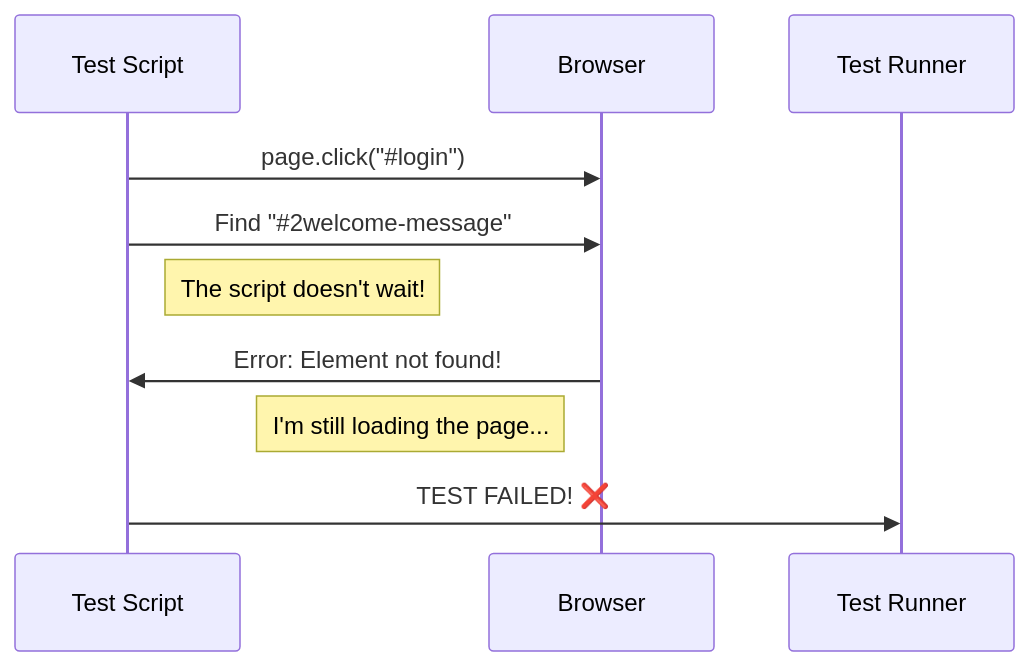
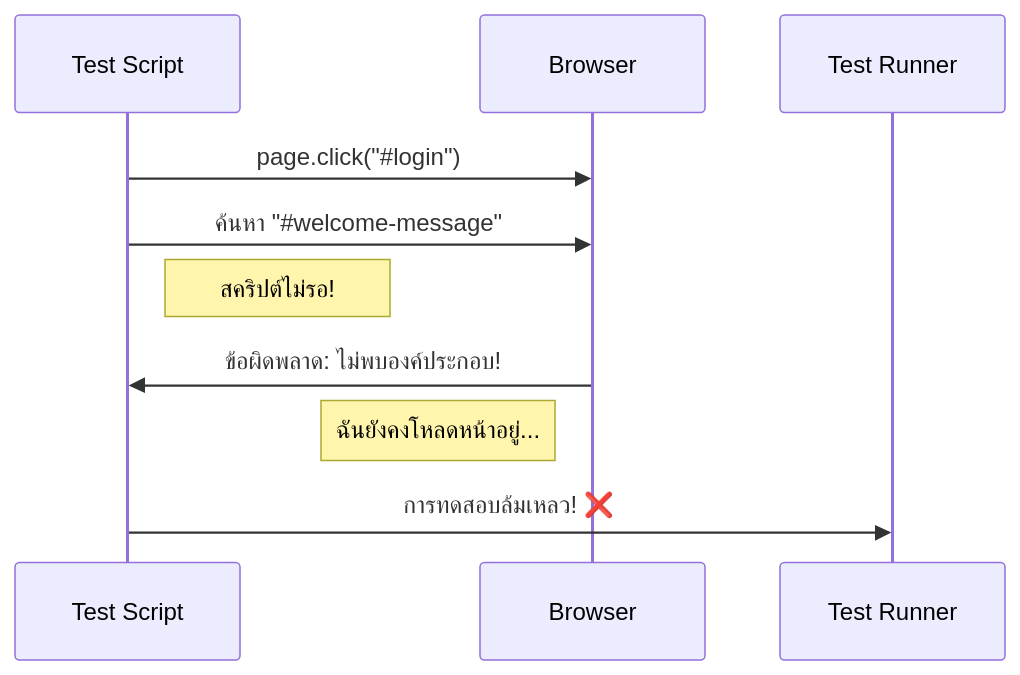
Before and after one commit to S2P2/beginner-guide-web-testing-th: the first of 2 diagrams in docs/Module 0: Foundations/1_basic_programming.md, drawn with Mermaid. The commit also changed other lines of this file and 5 other files, not shown here.

````diff
--- a/docs/Module 0: Foundations/1_basic_programming.md
+++ b/docs/Module 0: Foundations/1_basic_programming.md
@@ -163,13 +165,13 @@
 ```mermaid
 sequenceDiagram
     participant Test Script
     participant Browser
     participant Test Runner
 
     Test Script->>Browser: page.click("#35;login")
-    Test Script->>Browser: Find "#35;2welcome-message"
-    Note right of Test Script: The script doesn't wait!
-    Browser->>Test Script: Error: Element not found!
-    Note left of Browser: I'm still loading the page...
-    Test Script->>Test Runner: TEST FAILED! ❌
+    Test Script->>Browser: ค้นหา "#35;welcome-message"
+    Note right of Test Script: สคริปต์ไม่รอ!
+    Browser->>Test Script: ข้อผิดพลาด: ไม่พบองค์ประกอบ!
+    Note left of Browser: ฉันยังคงโหลดหน้าอยู่...
+    Test Script->>Test Runner: การทดสอบล้มเหลว! ❌
 ```
````
